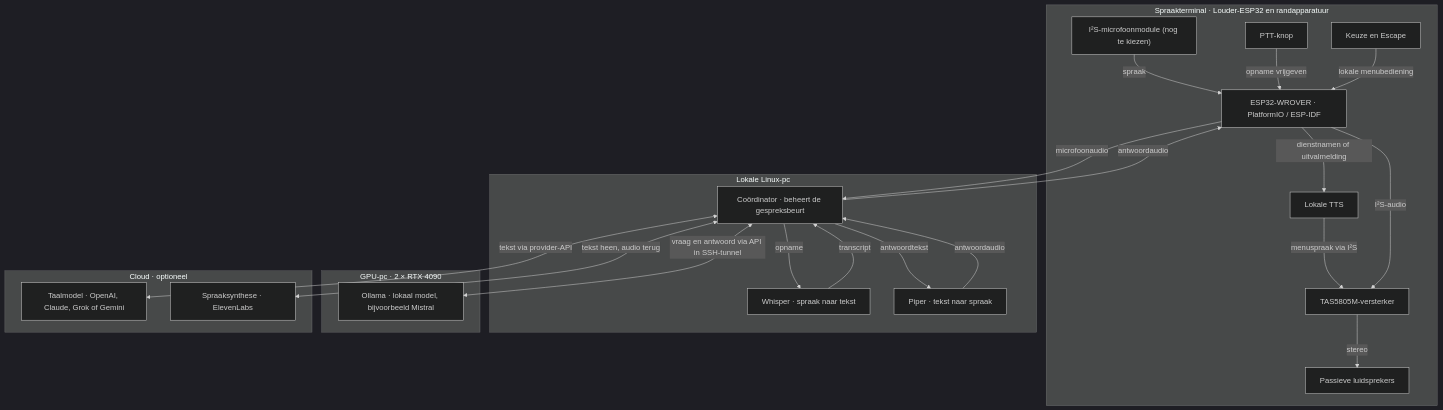
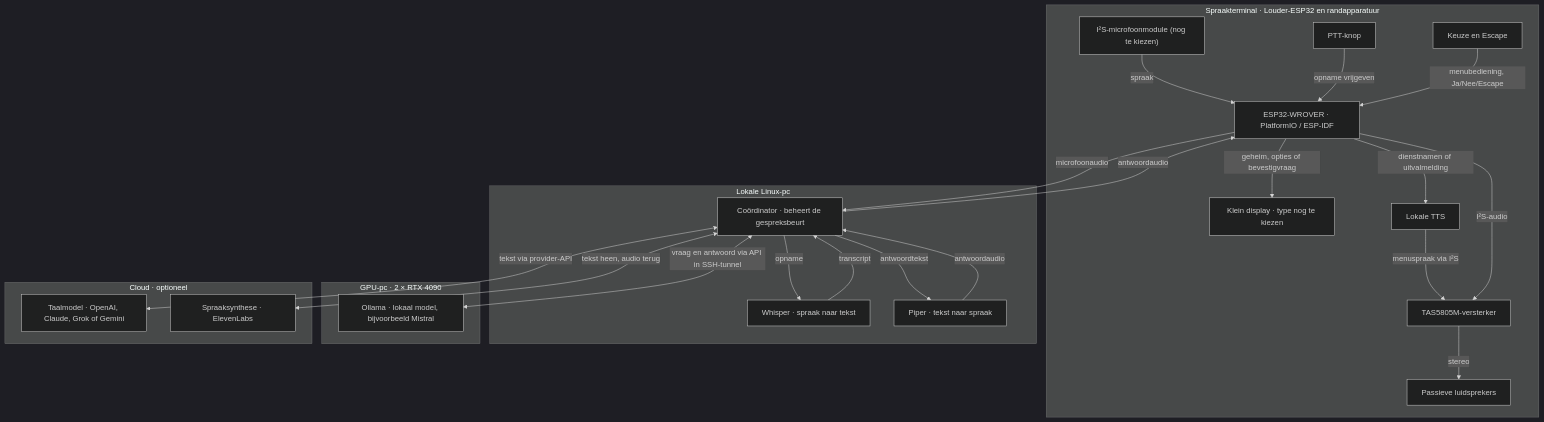
The diagram in docs/architecture.md (chat-l18l/ESP32_audio_Jarvis), drawn with Mermaid (dark theme) before and after one commit. The commit also changed other lines of this file and 6 other files, not shown here.

First line of the commit message:
Docs: display voor geheimen, keuze en bevestiging (B-013); Harness² als inspiratie (B-014)

````diff
--- a/docs/architecture.md
+++ b/docs/architecture.md
@@ -20,31 +20,32 @@
 ```mermaid
 flowchart TB
     subgraph terminal["Spraakterminal · Louder-ESP32 en randapparatuur"]
         mic["I²S-microfoonmodule (nog te kiezen)"] -->|spraak| esp["ESP32-WROVER · PlatformIO / ESP-IDF"]
         ptt["PTT-knop"] -->|opname vrijgeven| esp
-        keys["Keuze en Escape"] -->|lokale menubediening| esp
+        keys["Keuze en Escape"] -->|menubediening, Ja/Nee/Escape| esp
+        esp -->|geheim, opties of bevestigvraag| disp["Klein display · type nog te kiezen"]
         esp -->|dienstnamen of uitvalmelding| menu["Lokale TTS"]
         menu -->|menuspraak via I²S| amp
         esp -->|I²S-audio| amp["TAS5805M-versterker"]
         amp -->|stereo| speakers["Passieve luidsprekers"]
     end
     subgraph host["Lokale Linux-pc"]
         coord["Coördinator · beheert de gespreksbeurt"]
         coord -->|opname| stt["Whisper · spraak naar tekst"]
         stt -->|transcript| coord
         coord -->|antwoordtekst| tts["Piper · tekst naar spraak"]
         tts -->|antwoordaudio| coord
     end
     esp -->|microfoonaudio| coord
     coord -->|antwoordaudio| esp
     subgraph gpu["GPU-pc · 2 × RTX 4090"]
         ollama["Ollama · lokaal model, bijvoorbeeld Mistral"]
     end
     coord <-->|vraag en antwoord via API in SSH-tunnel| ollama
     subgraph cloud["Cloud · optioneel"]
         llm["Taalmodel · OpenAI, Claude, Grok of Gemini"]
         voice["Spraaksynthese · ElevenLabs"]
     end
     coord <-->|tekst via provider-API| llm
     coord <-->|tekst heen, audio terug| voice
 ```
````
